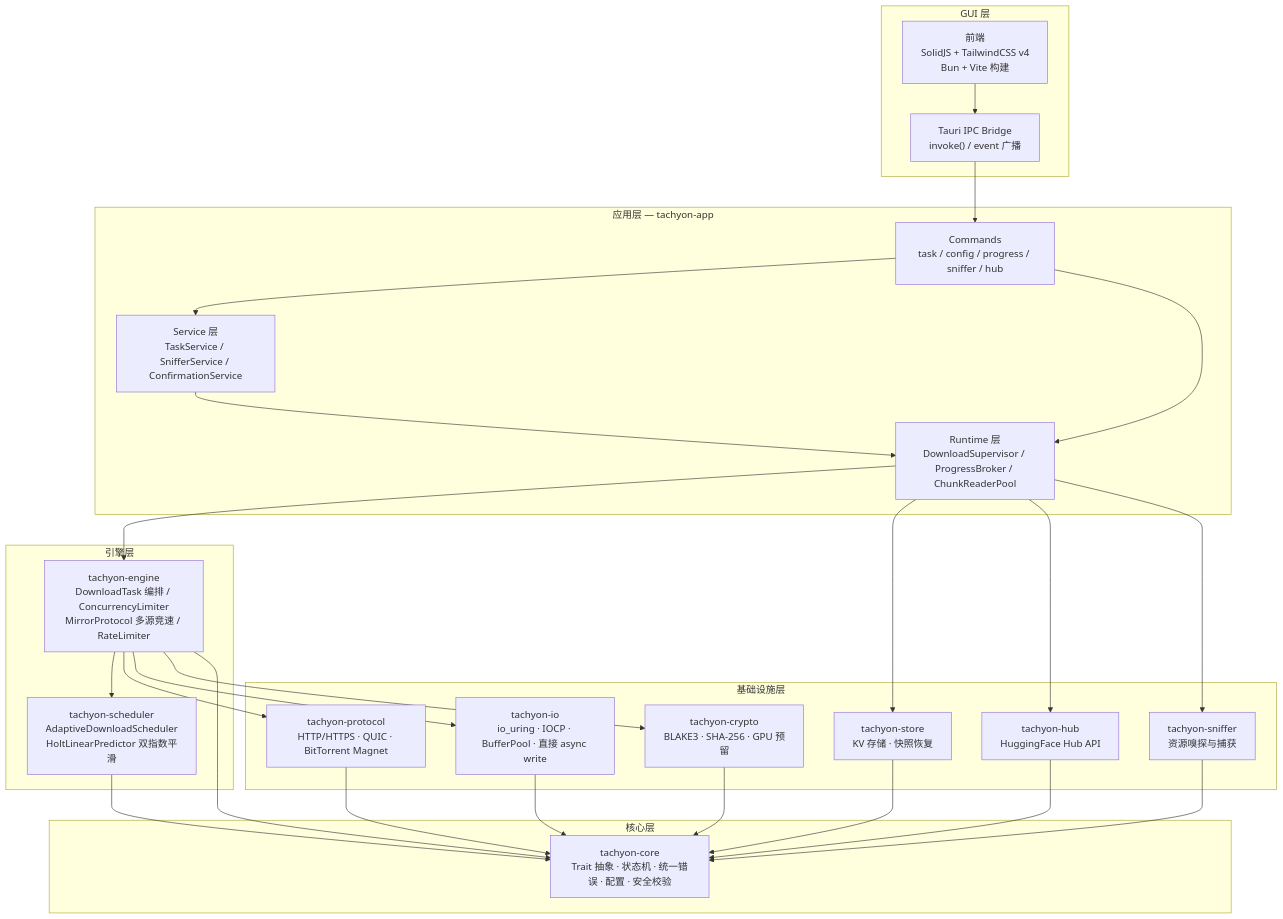
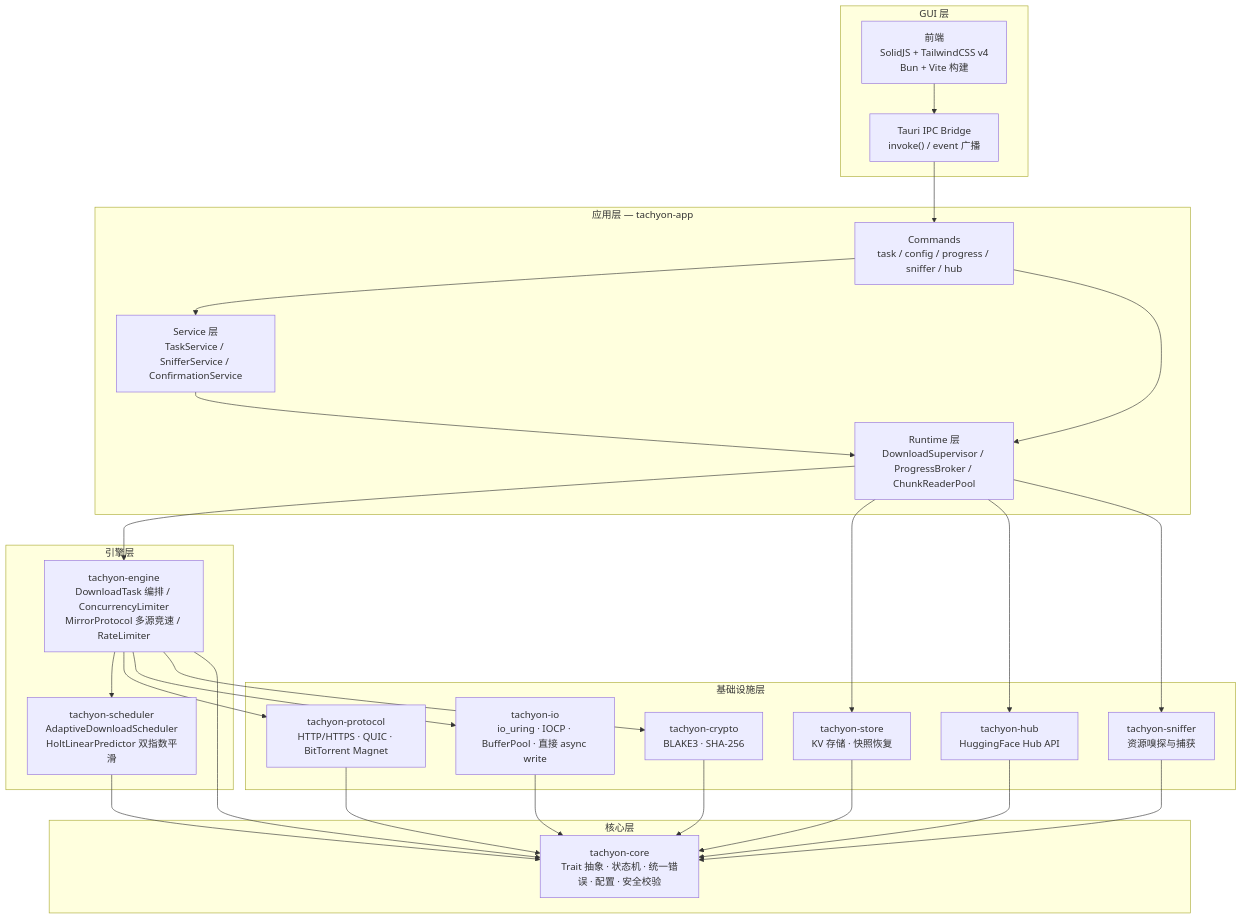
The first of 7 diagrams in docs/architecture.md (baiye2941/Tachyon), drawn with Mermaid before and after one commit. The commit also changed other lines of this file and 106 other files, not shown here.

````diff
--- a/docs/architecture.md
+++ b/docs/architecture.md
@@ -34,52 +34,52 @@
 ```mermaid
 graph TB
     subgraph GUI["GUI 层"]
         FE["前端<br/>SolidJS + TailwindCSS v4<br/>Bun + Vite 构建"]
         IPC["Tauri IPC Bridge<br/>invoke() / event 广播"]
     end
 
     subgraph APP["应用层 — tachyon-app"]
         CMDS["Commands<br/>task / config / progress / sniffer / hub"]
         SVC["Service 层<br/>TaskService / SnifferService / ConfirmationService"]
         RT["Runtime 层<br/>DownloadSupervisor / ProgressBroker / ChunkReaderPool"]
     end
 
     subgraph ENGINE["引擎层"]
         ENG["tachyon-engine<br/>DownloadTask 编排 / ConcurrencyLimiter<br/>MirrorProtocol 多源竞速 / RateLimiter"]
         SCH["tachyon-scheduler<br/>AdaptiveDownloadScheduler<br/>HoltLinearPredictor 双指数平滑"]
     end
 
     subgraph INFRA["基础设施层"]
         PROTO["tachyon-protocol<br/>HTTP/HTTPS · QUIC · BitTorrent Magnet"]
         IO["tachyon-io<br/>io_uring · IOCP · BufferPool · 直接 async write"]
-        CRYPT["tachyon-crypto<br/>BLAKE3 · SHA-256 · GPU 预留"]
+        CRYPT["tachyon-crypto<br/>BLAKE3 · SHA-256"]
         STORE["tachyon-store<br/>KV 存储 · 快照恢复"]
         HUB["tachyon-hub<br/>HuggingFace Hub API"]
         SNIFF["tachyon-sniffer<br/>资源嗅探与捕获"]
     end
 
     subgraph CORE["核心层"]
         CORELIB["tachyon-core<br/>Trait 抽象 · 状态机 · 统一错误 · 配置 · 安全校验"]
     end
 
     FE --> IPC --> CMDS
     CMDS --> SVC
     CMDS --> RT
     SVC --> RT
     RT --> ENG
     ENG --> SCH
     ENG --> PROTO
     ENG --> IO
     ENG --> CRYPT
     RT --> STORE
     RT --> HUB
     RT --> SNIFF
     PROTO --> CORELIB
     IO --> CORELIB
     CRYPT --> CORELIB
     STORE --> CORELIB
     HUB --> CORELIB
     SNIFF --> CORELIB
     SCH --> CORELIB
     ENG --> CORELIB
 ```
````
